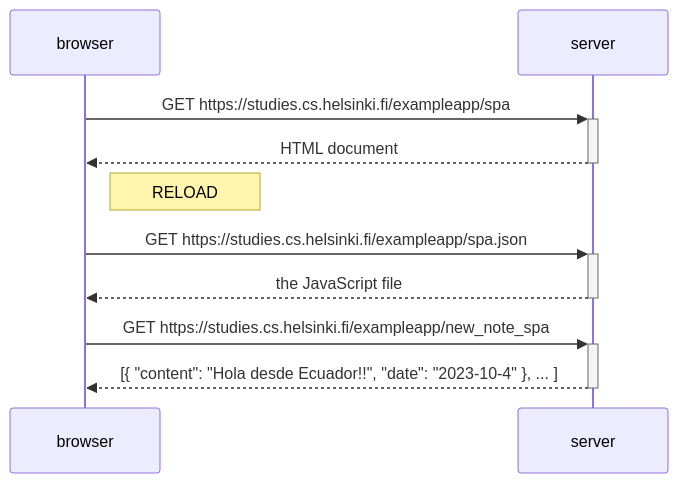
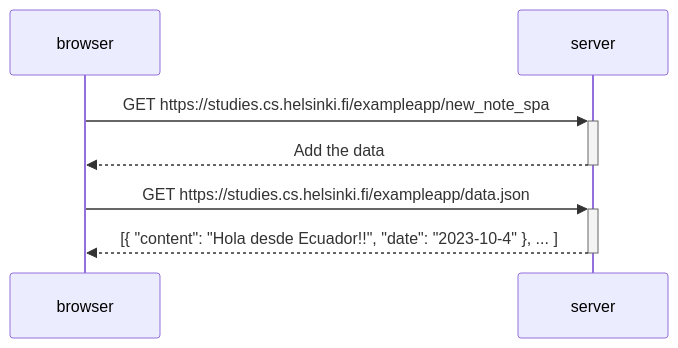
One commit to Tsuri-chan/Full-Stack-Course changed the diagram in Part0/Exercise 0.6.md. Above: the diagram before and after it, drawn with Mermaid.

Commit message:
Update Exercise 0.6.md

````diff
--- a/Part0/Exercise 0.6.md
+++ b/Part0/Exercise 0.6.md
@@ -4,16 +4,12 @@
 ```mermaid
 sequenceDiagram;
     participant browser
     participant server
-
-    browser->>+server: GET https://studies.cs.helsinki.fi/exampleapp/spa;
-    server-->>-browser: HTML document
-    Note right of browser: RELOAD
-         
-    browser->>+server: GET https://studies.cs.helsinki.fi/exampleapp/spa.json 
-    server-->>-browser: the JavaScript file
+     
+    browser->>+server: GET https://studies.cs.helsinki.fi/exampleapp/new_note_spa
+    server-->>-browser: Add the data
     
-    browser->>+server: GET https://studies.cs.helsinki.fi/exampleapp/new_note_spa
+    browser->>+server: GET https://studies.cs.helsinki.fi/exampleapp/data.json
     server-->>-browser: [{ "content": "Hola desde Ecuador!!", "date": "2023-10-4" }, ... ]
   
 ```
````
